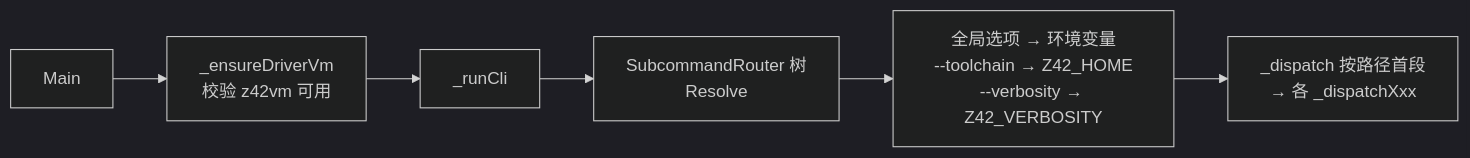
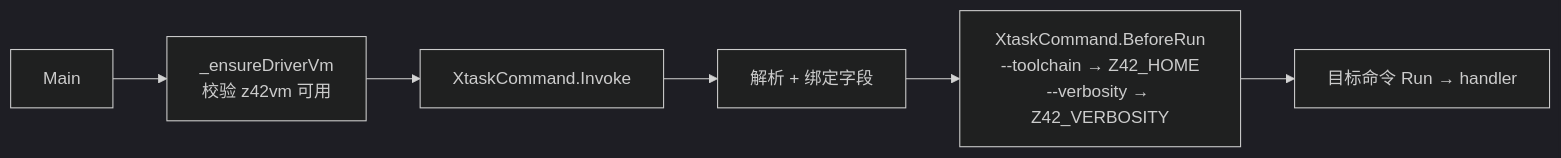
One commit to z42-lang/z42 changed the first of 2 diagrams in docs/internals/src/devinfra/xtask.md. Above: the diagram before and after it, drawn with Mermaid (dark theme). The commit also changed other lines of this file and 40 other files, not shown here.

Commit message:
refactor(xtask): 删 scripts/cli/——每个命令族的 Command 类就近声明在各自领域目录，handler 改读强类型字段

````diff
--- a/docs/internals/src/devinfra/xtask.md
+++ b/docs/internals/src/devinfra/xtask.md
@@ -62,8 +66,8 @@
 ```mermaid
 graph LR
     M[Main] --> E[_ensureDriverVm<br/>校验 z42vm 可用]
-    E --> R[_runCli]
-    R --> RT[SubcommandRouter 树<br/>Resolve]
-    RT --> G[全局选项 → 环境变量<br/>--toolchain → Z42_HOME<br/>--verbosity → Z42_VERBOSITY]
-    G --> D[_dispatch 按路径首段<br/>→ 各 _dispatchXxx]
+    E --> I[XtaskCommand.Invoke]
+    I --> B[解析 + 绑定字段]
+    B --> G[XtaskCommand.BeforeRun<br/>--toolchain → Z42_HOME<br/>--verbosity → Z42_VERBOSITY]
+    G --> R[目标命令 Run → handler]
 ```
````
